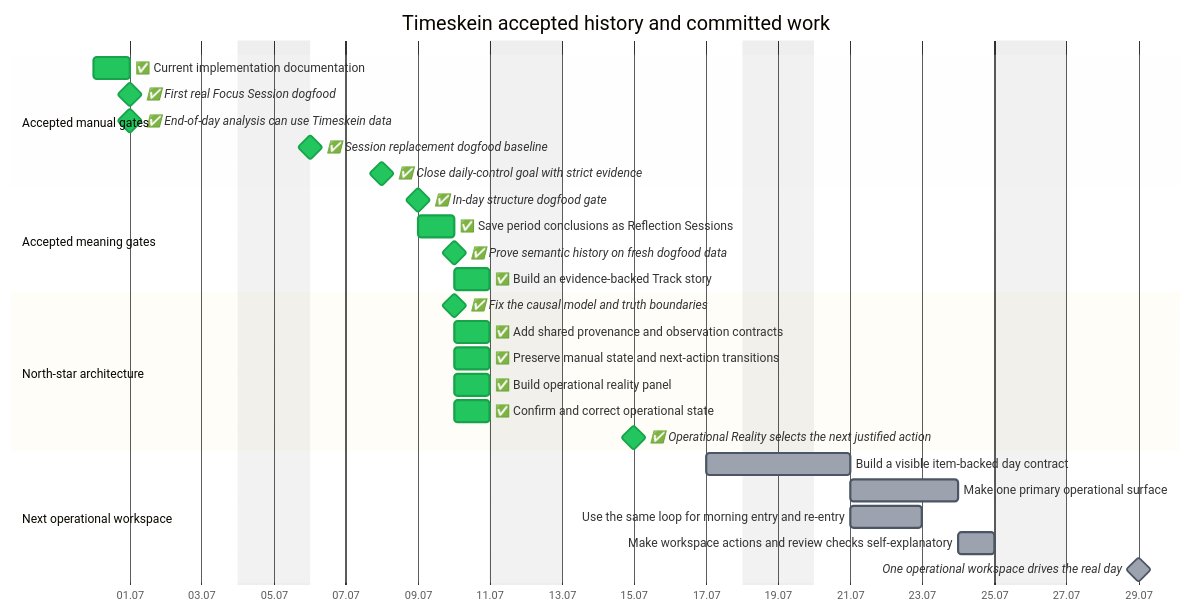
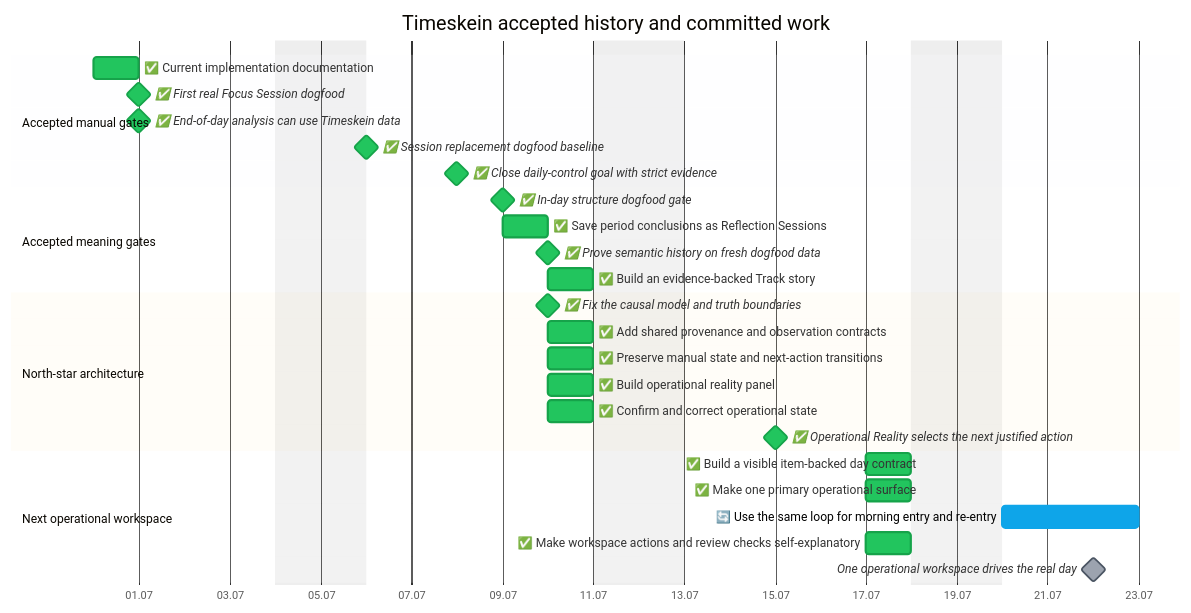
One commit to asukhodko/timeskein changed the second of 2 diagrams in docs/roadmap/opskarta.md. Above: the diagram before and after it, drawn with Mermaid. The commit also changed other lines of this file and 15 other files, not shown here.

Commit message:
docs: prepare operational workspace acceptance

````diff
--- a/docs/roadmap/opskarta.md
+++ b/docs/roadmap/opskarta.md
@@ -184,34 +185,34 @@
 ```mermaid
 %%{init: {"theme": "base", "themeVariables": {"taskBkgColor": "#9ca3af", "taskBorderColor": "#4b5563", "taskTextColor": "#000000", "taskTextDarkColor": "#000000", "taskTextLightColor": "#000000", "activeTaskBkgColor": "#0ea5e9", "activeTaskBorderColor": "#0ea5e9", "doneTaskBkgColor": "#22c55e", "doneTaskBorderColor": "#16a34a", "critBkgColor": "#fecaca", "critBorderColor": "#fecaca", "todayLineColor": "#ef4444"}} }%%
 
 gantt
     title Timeskein accepted history and committed work
     dateFormat YYYY-MM-DD
     axisFormat %d.%m
     excludes weekends
 
     section Accepted manual gates
     ✅ Current implementation documentation  :done, ts_baseline_docs,    2026-06-30, 1d
     ✅ First real Focus Session dogfood  :milestone, done, ts_focus_core_dogfood_gate,    2026-07-01, 0d
     ✅ End-of-day analysis can use Timeskein data  :milestone, done, ts_day_review_analysis_gate,    2026-07-01, 0d
     ✅ Session replacement dogfood baseline  :milestone, done, ts_hardening_dogfood_release,    2026-07-06, 0d
     ✅ Close daily-control goal with strict evidence  :milestone, done, ts_daily_control_goal_check,    2026-07-08, 0d
     section Accepted meaning gates
     ✅ In-day structure dogfood gate  :milestone, done, ts_in_day_structure_dogfood_gate,    2026-07-09, 0d
     ✅ Save period conclusions as Reflection Sessions  :done, ts_periodic_reflection_reflection_sessions,    2026-07-09, 1d
     ✅ Prove semantic history on fresh dogfood data  :milestone, done, ts_periodic_reflection_semantic_dogfood_gate,    2026-07-10, 0d
     ✅ Build an evidence-backed Track story  :done, ts_periodic_reflection_context_links,    2026-07-10, 1d
     section North-star architecture
     ✅ Fix the causal model and truth boundaries  :milestone, done, ts_causal_memory_architecture_gate,    2026-07-10, 0d
     ✅ Add shared provenance and observation contracts  :done, ts_causal_memory_provenance_contract,    2026-07-10, 1d
     ✅ Preserve manual state and next-action transitions  :done, ts_causal_memory_transition_history,    2026-07-10, 1d
     ✅ Build operational reality panel  :done, ts_periodic_reflection_operational_reality,    2026-07-10, 1d
     ✅ Confirm and correct operational state  :done, ts_steering_manual_correction,    2026-07-10, 1d
     ✅ Operational Reality selects the next justified action  :milestone, done, ts_steering_operational_reality_gate,    2026-07-15, 0d
     section Next operational workspace
-    Build a visible item-backed day contract  :ts_steering_workspace_day_contract,    2026-07-17, 2d
-    Make one primary operational surface  :ts_steering_workspace_primary_surface,    2026-07-21, 3d
-    Use the same loop for morning entry and re-entry  :ts_steering_workspace_reentry,    2026-07-21, 2d
-    Make workspace actions and review checks self-explanatory  :ts_steering_workspace_explainability,    2026-07-24, 1d
-    One operational workspace drives the real day  :milestone, ts_steering_workspace_gate,    2026-07-29, 0d
+    ✅ Build a visible item-backed day contract  :done, ts_steering_workspace_day_contract,    2026-07-17, 1d
+    ✅ Make one primary operational surface  :done, ts_steering_workspace_primary_surface,    2026-07-17, 1d
+    🔄 Use the same loop for morning entry and re-entry  :active, ts_steering_workspace_reentry,    2026-07-20, 3d
+    ✅ Make workspace actions and review checks self-explanatory  :done, ts_steering_workspace_explainability,    2026-07-17, 1d
+    One operational workspace drives the real day  :milestone, ts_steering_workspace_gate,    2026-07-22, 0d
 ```
````
